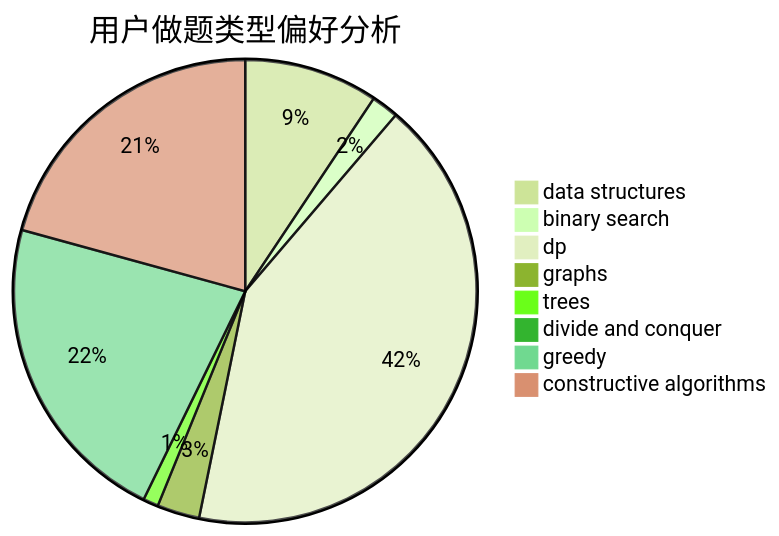
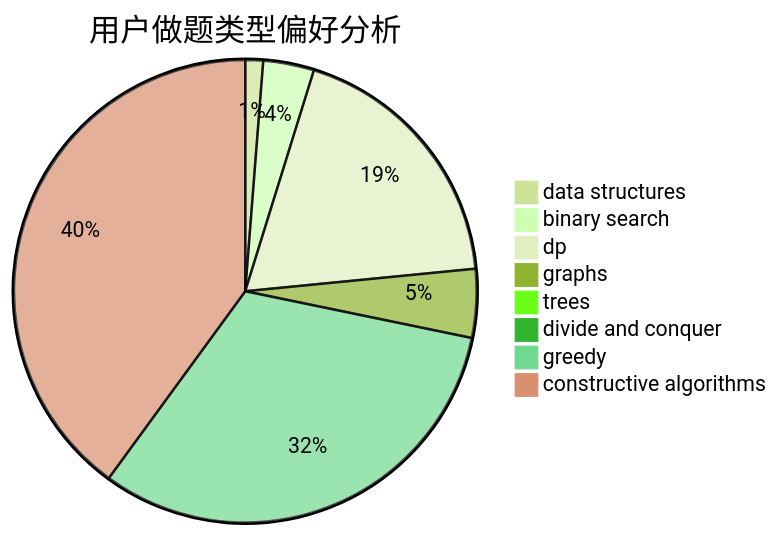
Before and after one commit to sherpahu/cfrs.github.io: the second of 3 diagrams in docs/user/u2737.md, drawn with Mermaid (forest theme). The commit also changed other lines of this file and 2770 other files, not shown here.

````diff
--- a/docs/user/u2737.md
+++ b/docs/user/u2737.md
@@ -23,11 +23,11 @@
 ```mermaid
 pie title 用户做题类型偏好分析
-    "data structures" :  79
-    "binary search" :  16
-    "dp" :  354
-    "graphs" :  25
-    "trees" :  9
+    "data structures" :  7
+    "binary search" :  20
+    "dp" :  105
+    "graphs" :  27
+    "trees" :  2
     "divide and conquer" :  0
-    "greedy" :  186
-    "constructive algorithms" :  175
+    "greedy" :  179
+    "constructive algorithms" :  225
 ```
````
